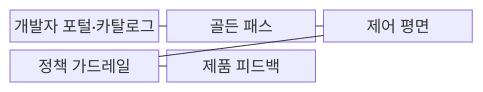
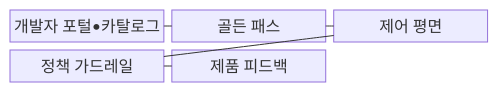
One commit to agnusdei1207/knowledge-base changed the first of 2 diagrams in src/content/docs/notes/03-software/216_platform_engineering_self_service.md. Above: the diagram before and after it, drawn with Mermaid. The commit also changed other lines of this file and 953 other files, not shown here.

````diff
--- a/src/content/docs/notes/03-software/216_platform_engineering_self_service.md
+++ b/src/content/docs/notes/03-software/216_platform_engineering_self_service.md
@@ -68,13 +68,13 @@
 ```mermaid
 block-beta
     columns 3
-    A["개발자 포털·카탈로그"]
+    A["개발자 포털•카탈로그"]
     C["골든 패스"]
     D["제어 평면"]
     E["정책 가드레일"]
     F["제품 피드백"]
     A --- C
     C --- D
     D --- E
     E --- F
 ```
````
